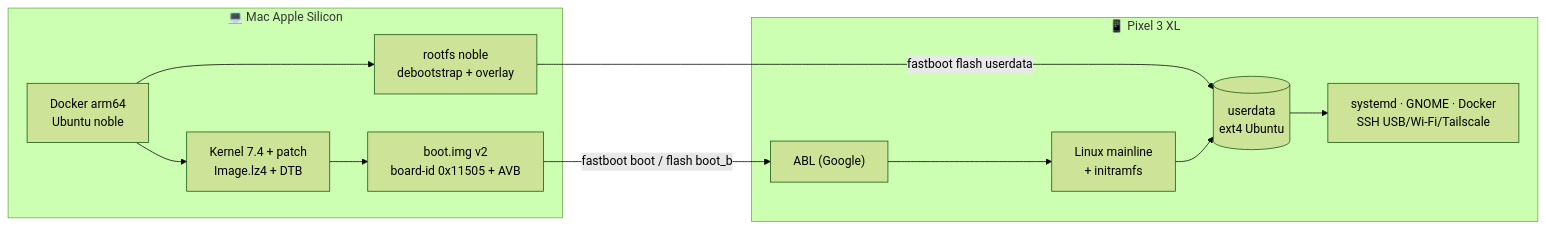
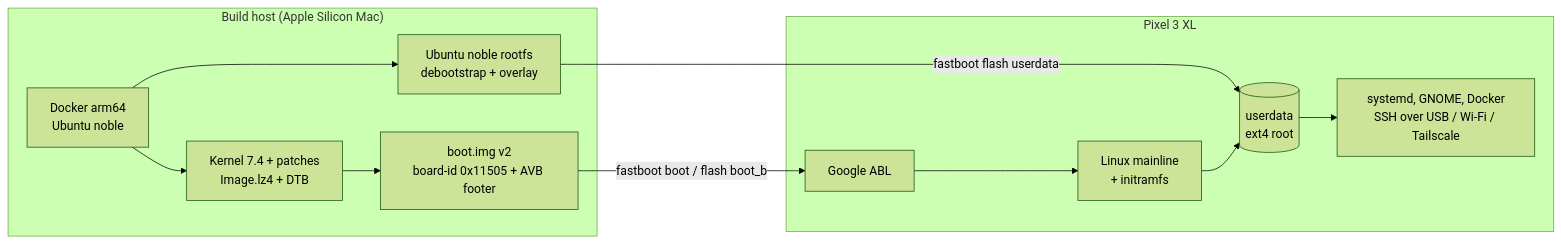
The diagram in README.md (nghiaump/ubuntu-mobile), drawn with Mermaid (forest theme) before and after one commit. The commit also changed other lines of this file and 2 other files, not shown here.

````diff
--- a/README.md
+++ b/README.md
@@ -57,15 +65,15 @@
 ```mermaid
 flowchart LR
-    subgraph Mac["💻 Mac Apple Silicon"]
-        D["Docker arm64<br/>Ubuntu noble"] --> K["Kernel 7.4 + patch<br/>Image.lz4 + DTB"]
-        D --> R["rootfs noble<br/>debootstrap + overlay"]
-        K --> B["boot.img v2<br/>board-id 0x11505 + AVB"]
+    subgraph Host["Build host (Apple Silicon Mac)"]
+        D["Docker arm64<br/>Ubuntu noble"] --> K["Kernel 7.4 + patches<br/>Image.lz4 + DTB"]
+        D --> R["Ubuntu noble rootfs<br/>debootstrap + overlay"]
+        K --> B["boot.img v2<br/>board-id 0x11505 + AVB footer"]
     end
     B -- "fastboot boot / flash boot_b" --> ABL
     R -- "fastboot flash userdata" --> UD
-    subgraph Phone["📱 Pixel 3 XL"]
-        ABL["ABL (Google)"] --> KR["Linux mainline<br/>+ initramfs"]
-        KR --> UD[("userdata<br/>ext4 Ubuntu")]
-        UD --> S["systemd · GNOME · Docker<br/>SSH USB/Wi-Fi/Tailscale"]
+    subgraph Phone["Pixel 3 XL"]
+        ABL["Google ABL"] --> KR["Linux mainline<br/>+ initramfs"]
+        KR --> UD[("userdata<br/>ext4 root")]
+        UD --> S["systemd, GNOME, Docker<br/>SSH over USB / Wi-Fi / Tailscale"]
     end
 ```
````
